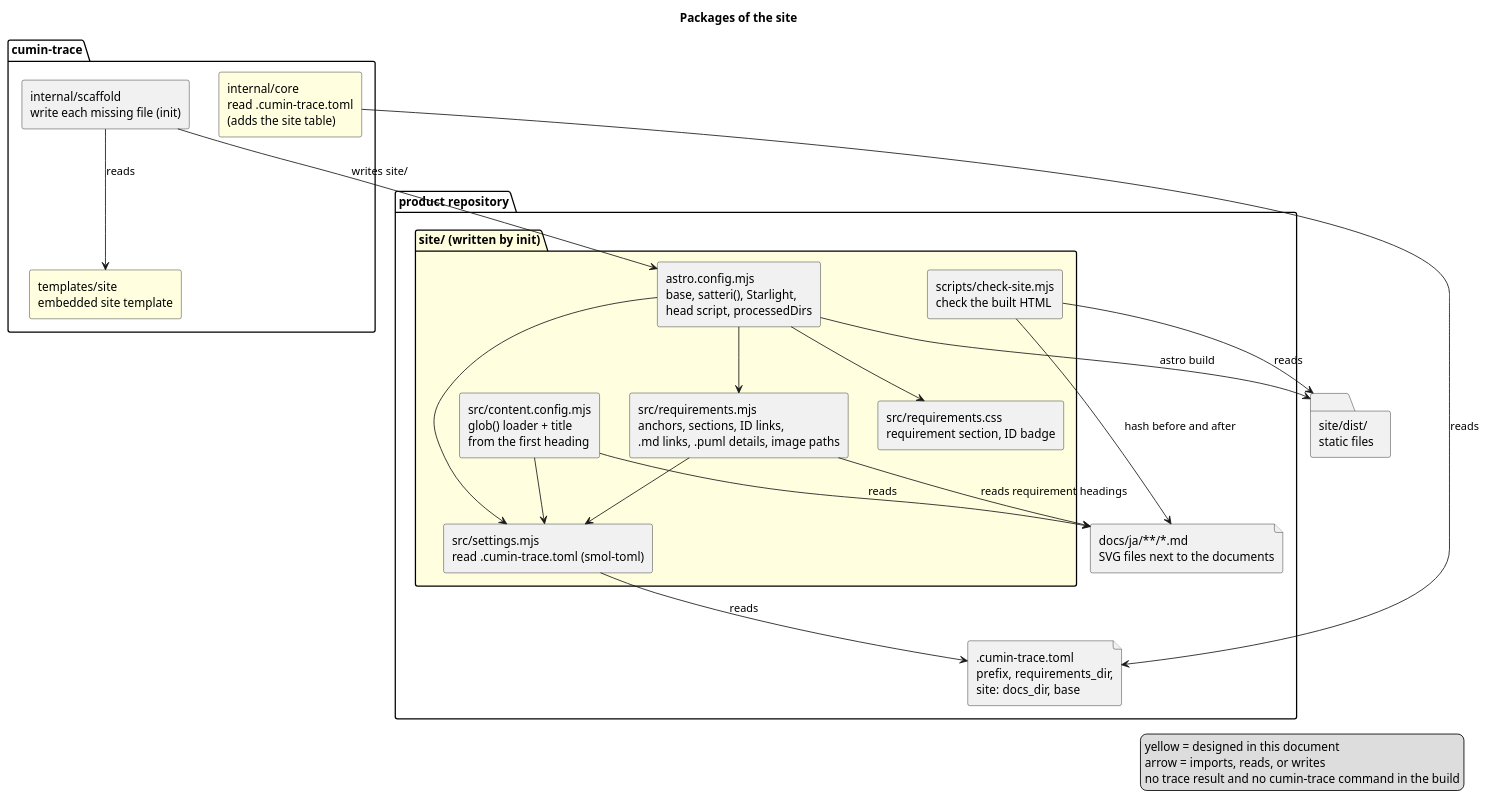
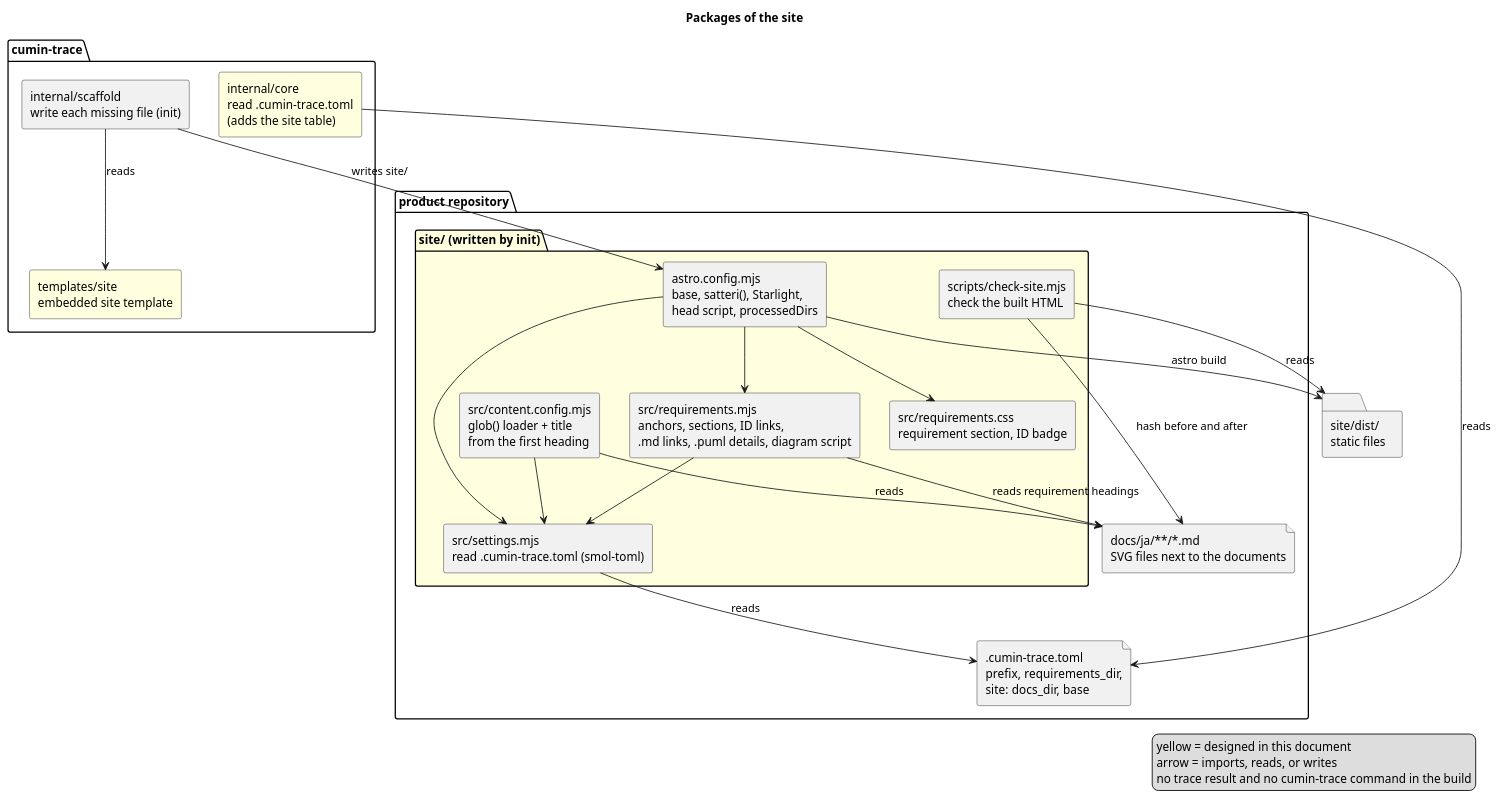
The diagram in docs/ja/designs/site/site-packages.puml (cloveclovedev/cumin-trace), drawn with PlantUML before and after one commit. The commit also changed 9 other files, not shown here.

First line of the commit message:
feat(site): show the SVG diagrams in the pages, and open a diagram on a click (#116)

```diff
--- a/docs/ja/designs/site/site-packages.puml
+++ b/docs/ja/designs/site/site-packages.puml
@@ -1,47 +1,47 @@
 @startuml site-packages
 title Packages of the site
 skinparam shadowing false
 skinparam componentStyle rectangle
 
 package "cumin-trace" {
   [internal/scaffold\nwrite each missing file (init)] as scaffold
   [internal/core\nread .cumin-trace.toml\n(adds the site table)] as core #LightYellow
   [templates/site\nembedded site template] as tsite #LightYellow
 }
 
 package "product repository" {
   file ".cumin-trace.toml\nprefix, requirements_dir,\nsite: docs_dir, base" as toml
   file "docs/ja/**/*.md\nSVG files next to the documents" as docs
   package "site/ (written by init)" #LightYellow {
     [astro.config.mjs\nbase, satteri(), Starlight,\nhead script, processedDirs] as config
     [src/settings.mjs\nread .cumin-trace.toml (smol-toml)] as settings
     [src/content.config.mjs\nglob() loader + title\nfrom the first heading] as loader
-    [src/requirements.mjs\nanchors, sections, ID links,\n.md links, .puml details, image paths] as remark
+    [src/requirements.mjs\nanchors, sections, ID links,\n.md links, .puml details, diagram script] as remark
     [src/requirements.css\nrequirement section, ID badge] as css
     [scripts/check-site.mjs\ncheck the built HTML] as check
   }
 }
 
 folder "site/dist/\nstatic files" as dist
 
 scaffold --> tsite : reads
 scaffold --> config : writes site/
 core --> toml : reads
 config --> settings
 config --> remark
 config --> css
 loader --> settings
 remark --> settings
 settings --> toml : reads
 loader --> docs : reads
 remark --> docs : reads requirement headings
 config --> dist : astro build
 check --> dist : reads
 check --> docs : hash before and after
 
 legend right
   yellow = designed in this document
   arrow = imports, reads, or writes
   no trace result and no cumin-trace command in the build
 endlegend
 @enduml
```
